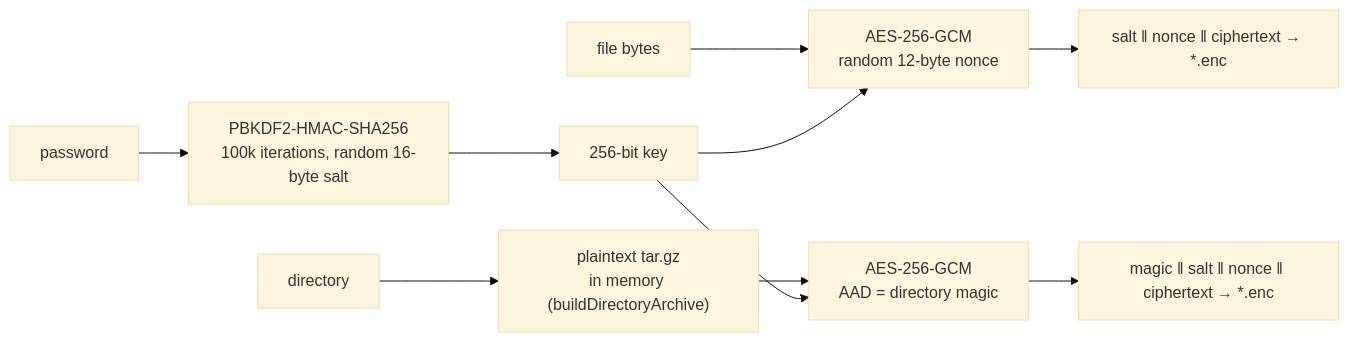
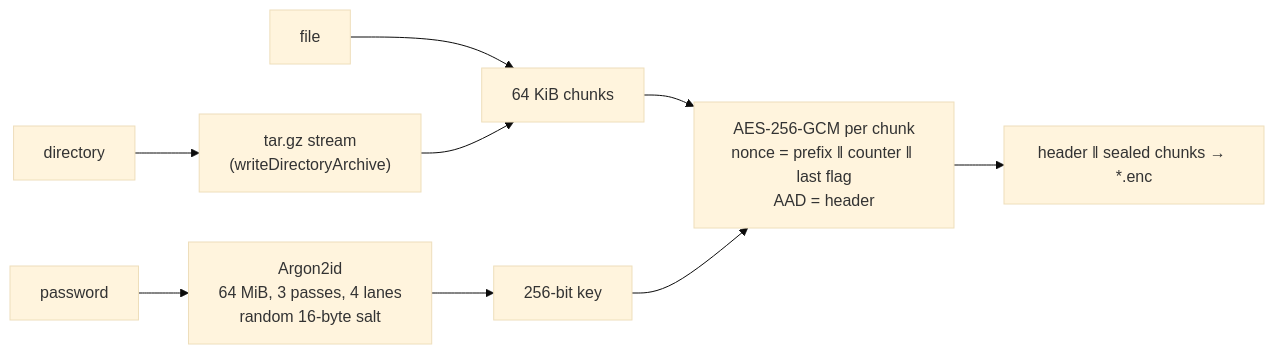
The second of 3 diagrams in intel/map.md (jabbott-iii/Cryptare), drawn with Mermaid (base theme) before and after one commit. The commit also changed other lines of this file and 11 other files, not shown here.

````diff
--- a/intel/map.md
+++ b/intel/map.md
@@ -73,8 +78,8 @@
 ```mermaid
 flowchart LR
-  pw["password"] --> kdf["PBKDF2-HMAC-SHA256<br/>100k iterations, random 16-byte salt"] --> key["256-bit key"]
-  file["file bytes"] --> gcm1["AES-256-GCM<br/>random 12-byte nonce"]
-  key --> gcm1 --> out1["salt ‖ nonce ‖ ciphertext → *.enc"]
-  dir["directory"] --> tmp["plaintext tar.gz<br/>in memory (buildDirectoryArchive)"] --> gcm2["AES-256-GCM<br/>AAD = directory magic"]
-  key --> gcm2 --> out2["magic ‖ salt ‖ nonce ‖ ciphertext → *.enc"]
+  pw["password"] --> kdf["Argon2id<br/>64 MiB, 3 passes, 4 lanes<br/>random 16-byte salt"] --> key["256-bit key"]
+  file["file"] --> chunks
+  dir["directory"] --> tgz["tar.gz stream<br/>(writeDirectoryArchive)"] --> chunks
+  chunks["64 KiB chunks"] --> gcm["AES-256-GCM per chunk<br/>nonce = prefix ‖ counter ‖ last flag<br/>AAD = header"]
+  key --> gcm --> out["header ‖ sealed chunks → *.enc"]
 ```
````
